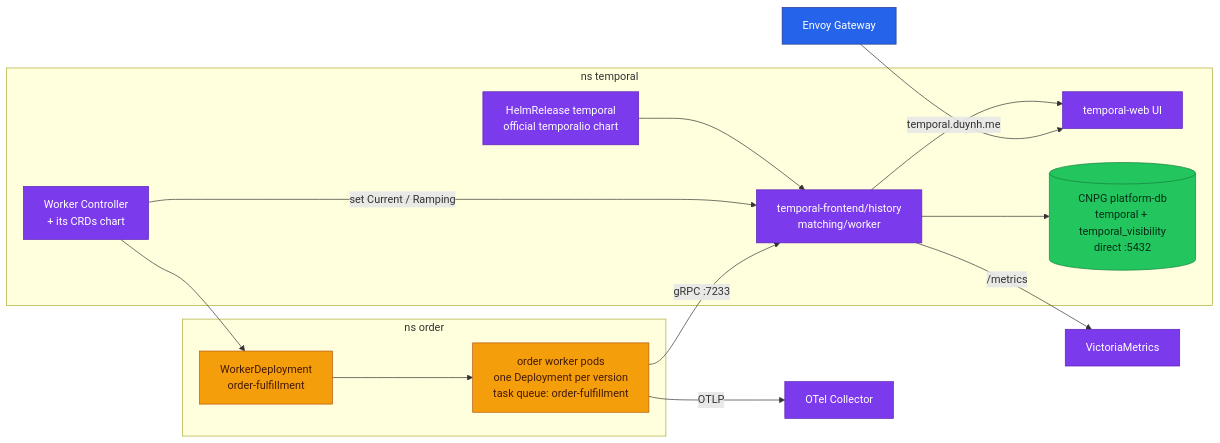
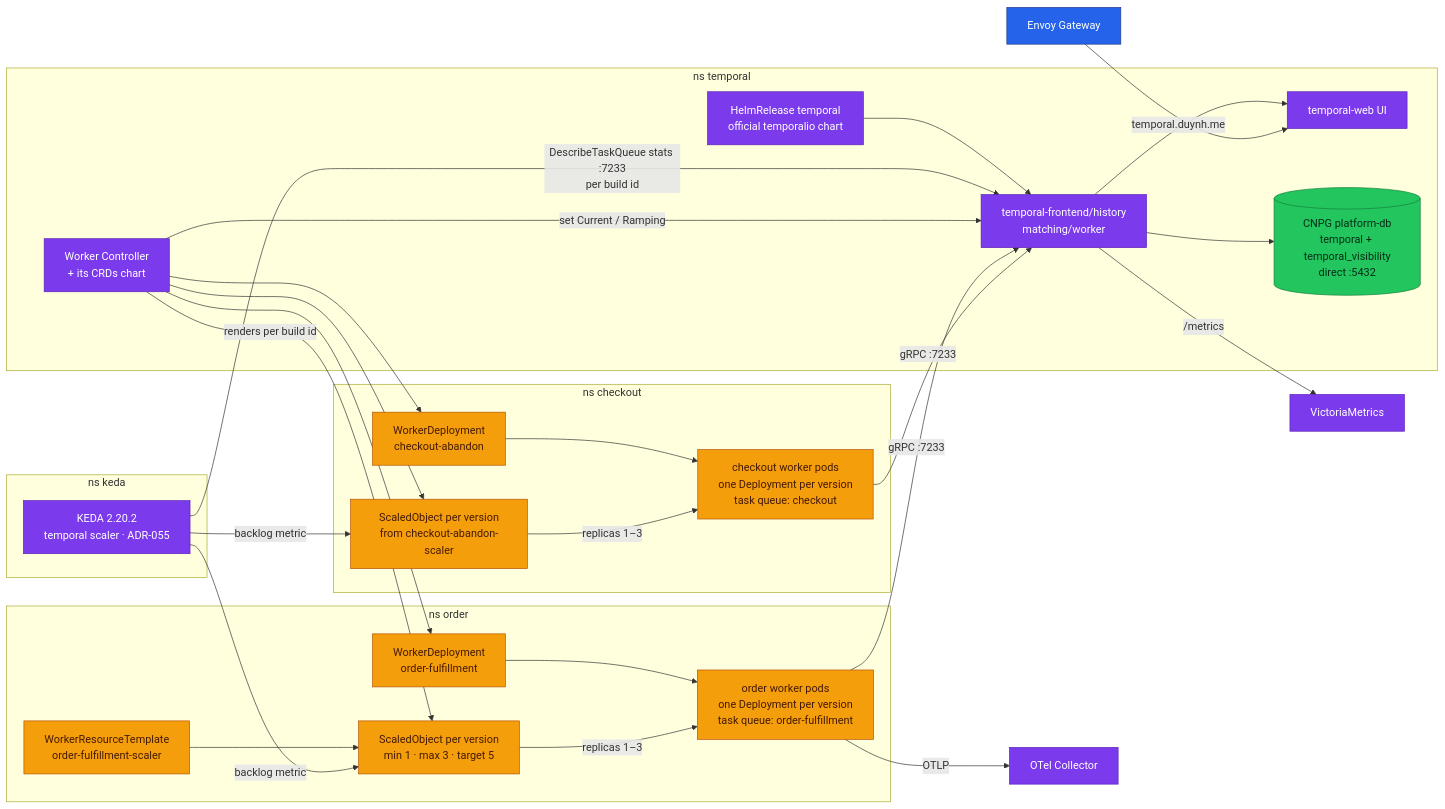
Diagram 18 of 20 in docs/api/temporal.md (duynhlab/homelab), drawn with Mermaid before and after one commit. The commit also changed other lines of this file and 52 other files, not shown here.

First line of the commit message:
Install KEDA autoscaling for Temporal workers (ADR-055) (#996)

````diff
--- a/docs/api/temporal.md
+++ b/docs/api/temporal.md
@@ -999,34 +999,55 @@
 ```mermaid
 flowchart LR
     subgraph ns_temporal[ns temporal]
         HR[HelmRelease temporal<br/>official temporalio chart]
         TC[temporal-frontend/history<br/>matching/worker]
         UI[temporal-web UI]
         TDB[(CNPG platform-db<br/>temporal + temporal_visibility<br/>direct :5432)]
         WC[Worker Controller<br/>+ its CRDs chart]
         HR --> TC
         TC --> TDB
         TC --> UI
     end
     subgraph ns_order[ns order]
         WD[WorkerDeployment<br/>order-fulfillment]
+        WRT[WorkerResourceTemplate<br/>order-fulfillment-scaler]
+        SO[ScaledObject per version<br/>min 1 · max 3 · target 5]
         OW[order worker pods<br/>one Deployment per version<br/>task queue: order-fulfillment]
+    end
+    subgraph ns_checkout[ns checkout]
+        WDC[WorkerDeployment<br/>checkout-abandon]
+        SOC[ScaledObject per version<br/>from checkout-abandon-scaler]
+        CW[checkout worker pods<br/>one Deployment per version<br/>task queue: checkout]
+    end
+    subgraph ns_keda[ns keda]
+        KEDA[KEDA 2.20.2<br/>temporal scaler · ADR-055]
     end
     WC --> WD
     WD --> OW
+    WC -- "renders per build id" --> SO
+    WRT --> SO
+    SO -- "replicas 1–3" --> OW
+    WC --> WDC
+    WDC --> CW
+    WC --> SOC
+    SOC -- "replicas 1–3" --> CW
+    KEDA -- "DescribeTaskQueue stats :7233<br/>per build id" --> TC
+    KEDA -- "backlog metric" --> SO
+    KEDA -- "backlog metric" --> SOC
     WC -- "set Current / Ramping" --> TC
     OW -- gRPC :7233 --> TC
+    CW -- gRPC :7233 --> TC
     Edge[Envoy Gateway] -- temporal.duynh.me --> UI
     TC -- /metrics --> VM[VictoriaMetrics]
     OW -- OTLP --> OTC[OTel Collector]
 
     classDef edge fill:#2563eb,color:#fff,stroke:#1e3a8a;
     classDef worker fill:#f59e0b,color:#451a03,stroke:#b45309;
     classDef platform fill:#7c3aed,color:#fff,stroke:#5b21b6;
     classDef data fill:#22c55e,color:#052e16,stroke:#15803d;
     class Edge edge;
     class OW worker;
-    class HR,TC,UI,VM,OTC,WC platform;
-    class WD worker;
+    class HR,TC,UI,VM,OTC,WC,KEDA platform;
+    class WD,WRT,SO,WDC,SOC,CW worker;
     class TDB data;
 ```
````
